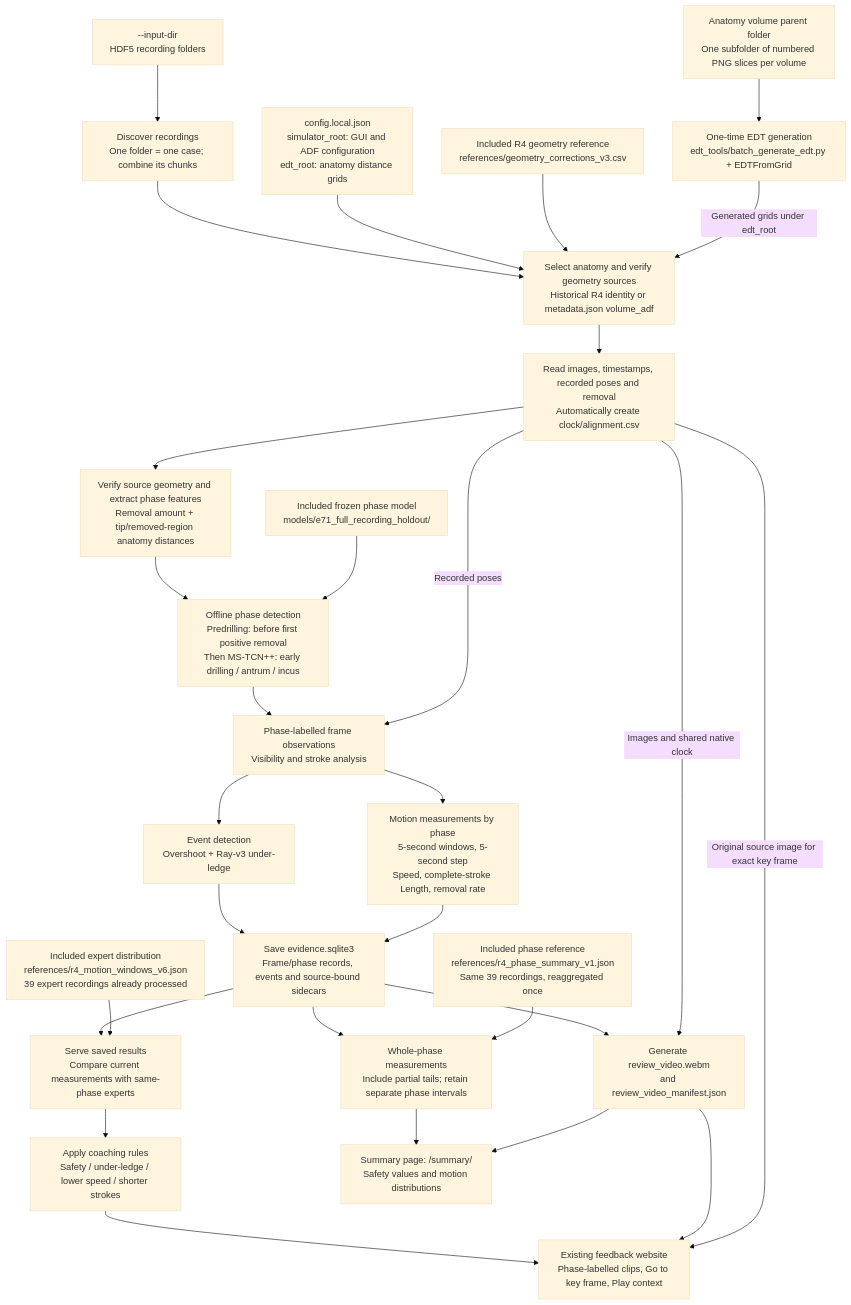
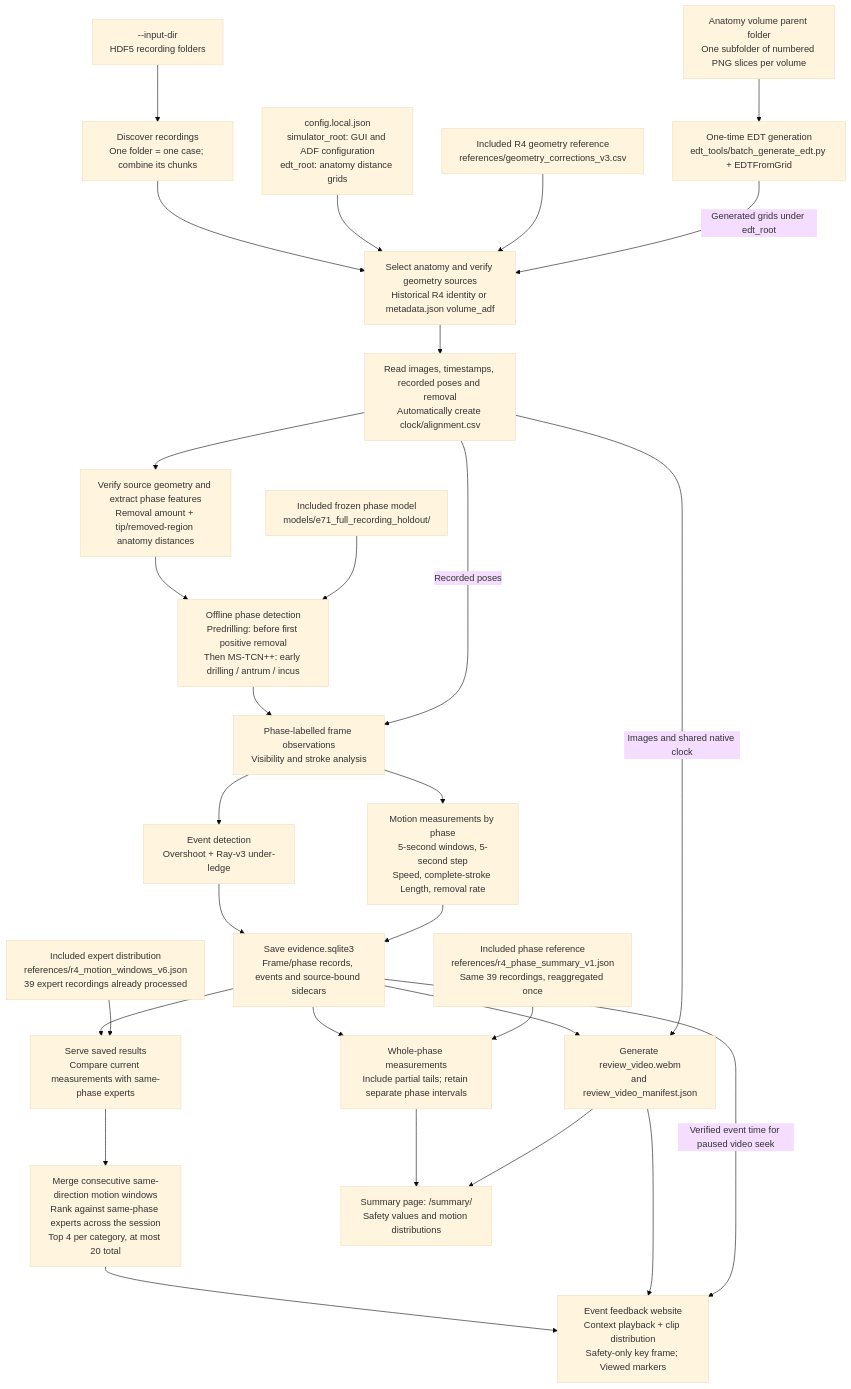
Before and after one commit to obinwosu/Mastoid-fb-system: the diagram in README.md, drawn with Mermaid (base theme). The commit also changed other lines of this file and 16 other files, not shown here.

````diff
--- a/README.md
+++ b/README.md
@@ -625,35 +671,35 @@
 ```mermaid
 flowchart TD
     Input["--input-dir<br/>HDF5 recording folders"] --> Cases["Discover recordings<br/>One folder = one case; combine its chunks"]
     Cases --> Geometry["Select anatomy and verify geometry sources<br/>Historical R4 identity or metadata.json volume_adf"]
 
     Config["config.local.json<br/>simulator_root: GUI and ADF configuration<br/>edt_root: anatomy distance grids"] --> Geometry
     Corrections["Included R4 geometry reference<br/>references/geometry_corrections_v3.csv"] --> Geometry
     Volumes["Anatomy volume parent folder<br/>One subfolder of numbered PNG slices per volume"] --> EDT["One-time EDT generation<br/>edt_tools/batch_generate_edt.py + EDTFromGrid"]
     EDT -->|Generated grids under edt_root| Geometry
 
     Geometry --> Read["Read images, timestamps, recorded poses and removal<br/>Automatically create clock/alignment.csv"]
     Read --> Signals["Verify source geometry and extract phase features<br/>Removal amount + tip/removed-region anatomy distances"]
     Signals --> Phase["Offline phase detection<br/>Predrilling: before first positive removal<br/>Then MS-TCN++: early drilling / antrum / incus"]
     Model["Included frozen phase model<br/>models/e71_full_recording_holdout/"] --> Phase
 
     Phase --> Observations["Phase-labelled frame observations<br/>Visibility and stroke analysis"]
     Read -->|Recorded poses| Observations
     Observations --> Events["Event detection<br/>Overshoot + Ray-v3 under-ledge"]
     Observations --> Motion["Motion measurements by phase<br/>5-second windows, 5-second step<br/>Speed, complete-stroke Length, removal rate"]
     Events --> Saved["Save evidence.sqlite3<br/>Frame/phase records, events and source-bound sidecars"]
     Motion --> Saved
 
     Saved --> Video["Generate review_video.webm<br/>and review_video_manifest.json"]
     Read -->|Images and shared native clock| Video
     Saved --> Compare["Serve saved results<br/>Compare current measurements with same-phase experts"]
     Experts["Included expert distribution<br/>references/r4_motion_windows_v6.json<br/>39 expert recordings already processed"] --> Compare
-    Compare --> Coaching["Apply coaching rules<br/>Safety / under-ledge / lower speed / shorter strokes"]
-    Coaching --> Website["Existing feedback website<br/>Phase-labelled clips, Go to key frame, Play context"]
+    Compare --> Coaching["Merge consecutive same-direction motion windows<br/>Rank against same-phase experts across the session<br/>Top 4 per category, at most 20 total"]
+    Coaching --> Website["Event feedback website<br/>Context playback + clip distribution<br/>Safety-only key frame; Viewed markers"]
     Video --> Website
-    Read -->|Original source image for exact key frame| Website
+    Saved -->|Verified event time for paused video seek| Website
     Saved --> WholePhase["Whole-phase measurements<br/>Include partial tails; retain separate phase intervals"]
     PhaseExperts["Included phase reference<br/>references/r4_phase_summary_v1.json<br/>Same 39 recordings, reaggregated once"] --> WholePhase
     WholePhase --> Summary["Summary page: /summary/<br/>Safety values and motion distributions"]
     Video --> Summary
 ```
````
